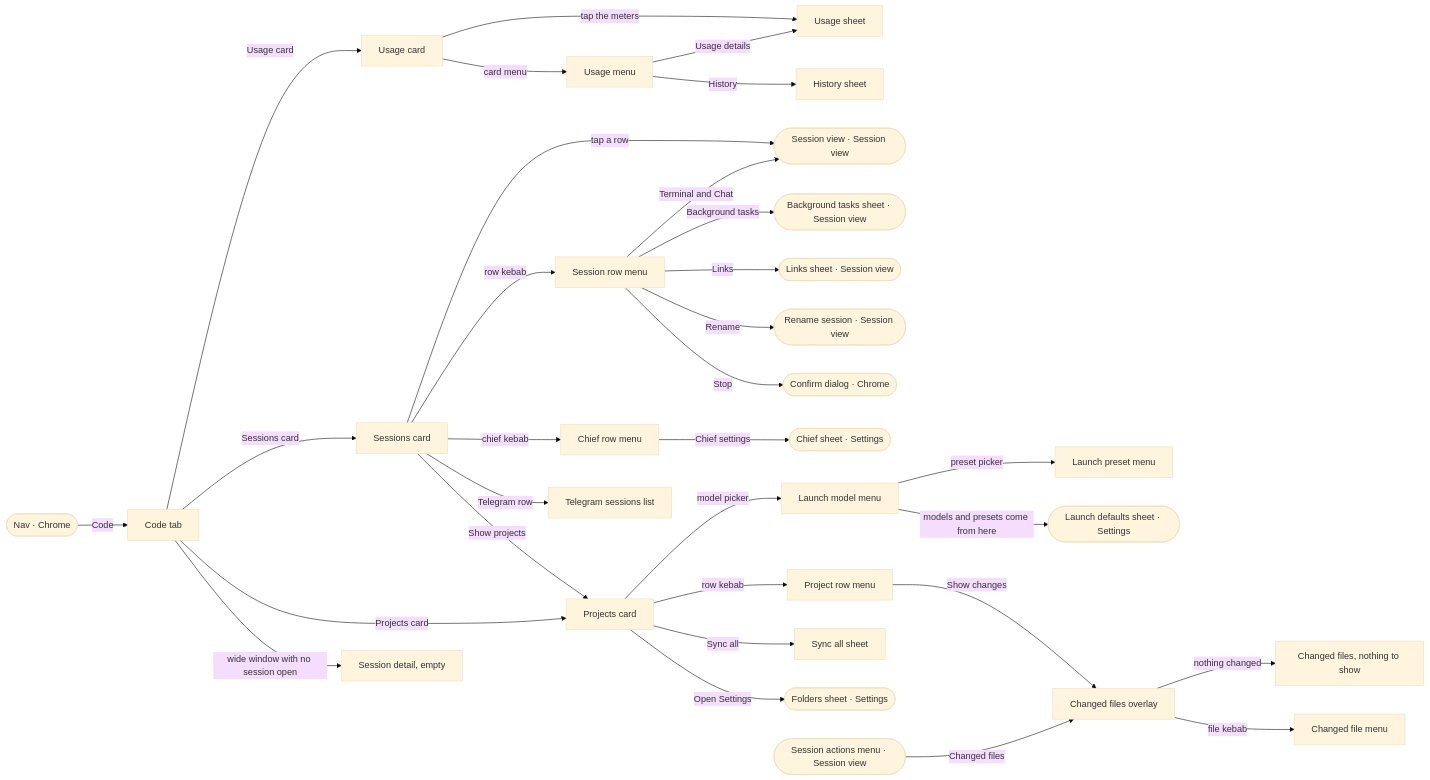
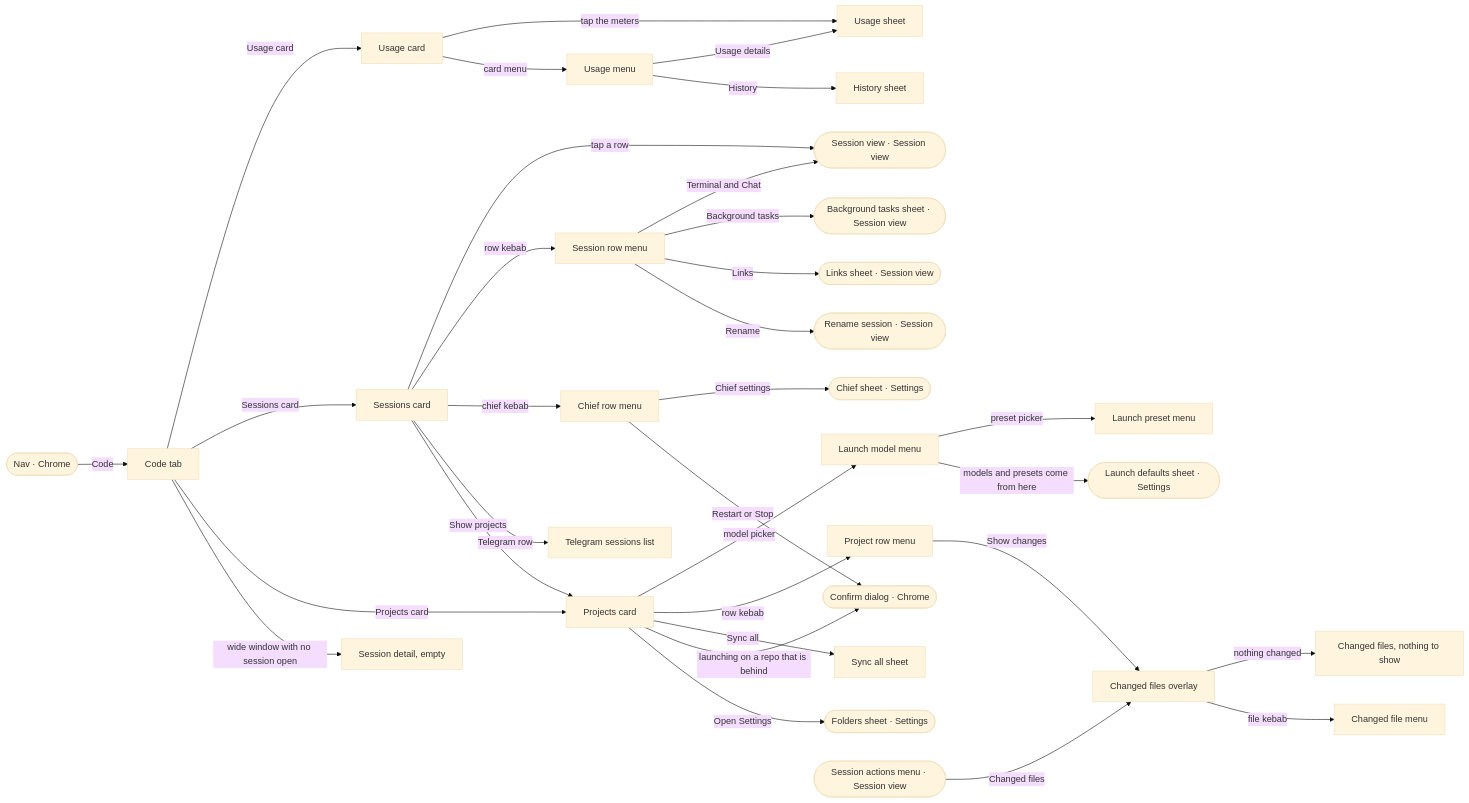
Before and after one commit to ferraroroberto/app-launcher: the second of 10 diagrams in docs/ux-surface-map.md, drawn with Mermaid (base theme). The commit also changed other lines of this file and 8 other files, not shown here.

````diff
--- a/docs/ux-surface-map.md
+++ b/docs/ux-surface-map.md
@@ -194,61 +213,62 @@
 ```mermaid
 flowchart LR
   s8["Code tab"]
   s9["Usage card"]
   s10["Usage menu"]
   s11["Usage sheet"]
   s12["History sheet"]
   s13["Sessions card"]
   s14["Session row menu"]
   s15["Chief row menu"]
   s16["Telegram sessions list"]
   s17["Projects card"]
   s18["Launch model menu"]
   s19["Launch preset menu"]
   s20["Project row menu"]
   s21["Sync all sheet"]
   s22["Changed files overlay"]
   s23["Changed files, nothing to show"]
   s24["Changed file menu"]
   s25["Session detail, empty"]
   s0(["Nav · Chrome"])
   s26(["Session view · Session view"])
   s31(["Background tasks sheet · Session view"])
   s32(["Links sheet · Session view"])
   s29(["Rename session · Session view"])
+  s110(["Chief sheet · Settings"])
   s3(["Confirm dialog · Chrome"])
-  s110(["Chief sheet · Settings"])
   s118(["Folders sheet · Settings"])
   s107(["Launch defaults sheet · Settings"])
   s28(["Session actions menu · Session view"])
   s0 -->|"Code"| s8
   s8 -->|"Usage card"| s9
   s8 -->|"Sessions card"| s13
   s8 -->|"Projects card"| s17
   s8 -->|"wide window with no session open"| s25
   s9 -->|"tap the meters"| s11
   s9 -->|"card menu"| s10
   s10 -->|"Usage details"| s11
   s10 -->|"History"| s12
   s13 -->|"tap a row"| s26
   s13 -->|"row kebab"| s14
   s13 -->|"chief kebab"| s15
   s13 -->|"Telegram row"| s16
   s13 -->|"Show projects"| s17
   s14 -->|"Terminal and Chat"| s26
   s14 -->|"Background tasks"| s31
   s14 -->|"Links"| s32
   s14 -->|"Rename"| s29
-  s14 -->|"Stop"| s3
   s15 -->|"Chief settings"| s110
+  s15 -->|"Restart or Stop"| s3
   s17 -->|"model picker"| s18
   s17 -->|"row kebab"| s20
   s17 -->|"Sync all"| s21
+  s17 -->|"launching on a repo that is behind"| s3
   s17 -->|"Open Settings"| s118
   s18 -->|"preset picker"| s19
   s18 -->|"models and presets come from here"| s107
   s20 -->|"Show changes"| s22
   s22 -->|"nothing changed"| s23
   s22 -->|"file kebab"| s24
   s28 -->|"Changed files"| s22
 ```
````
